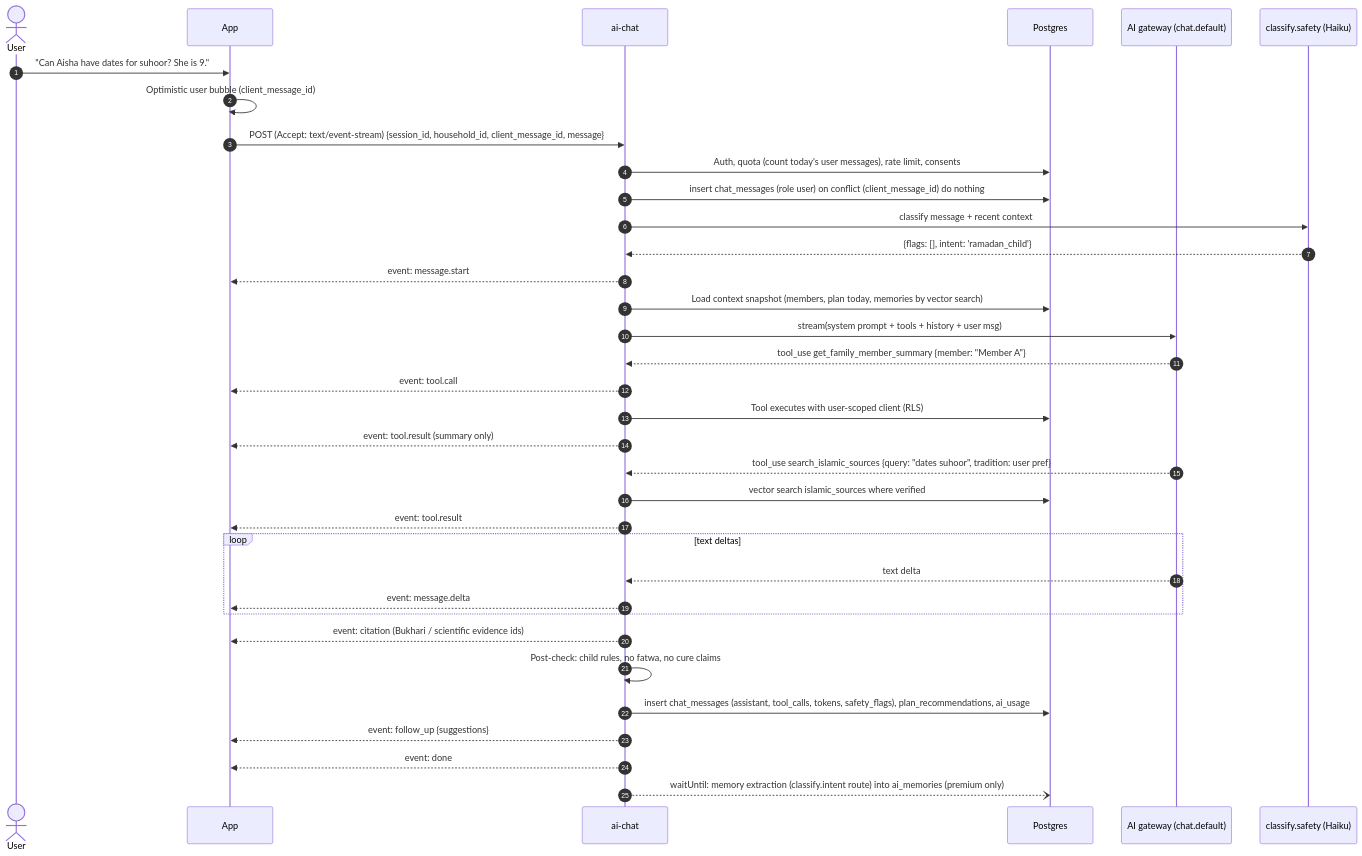
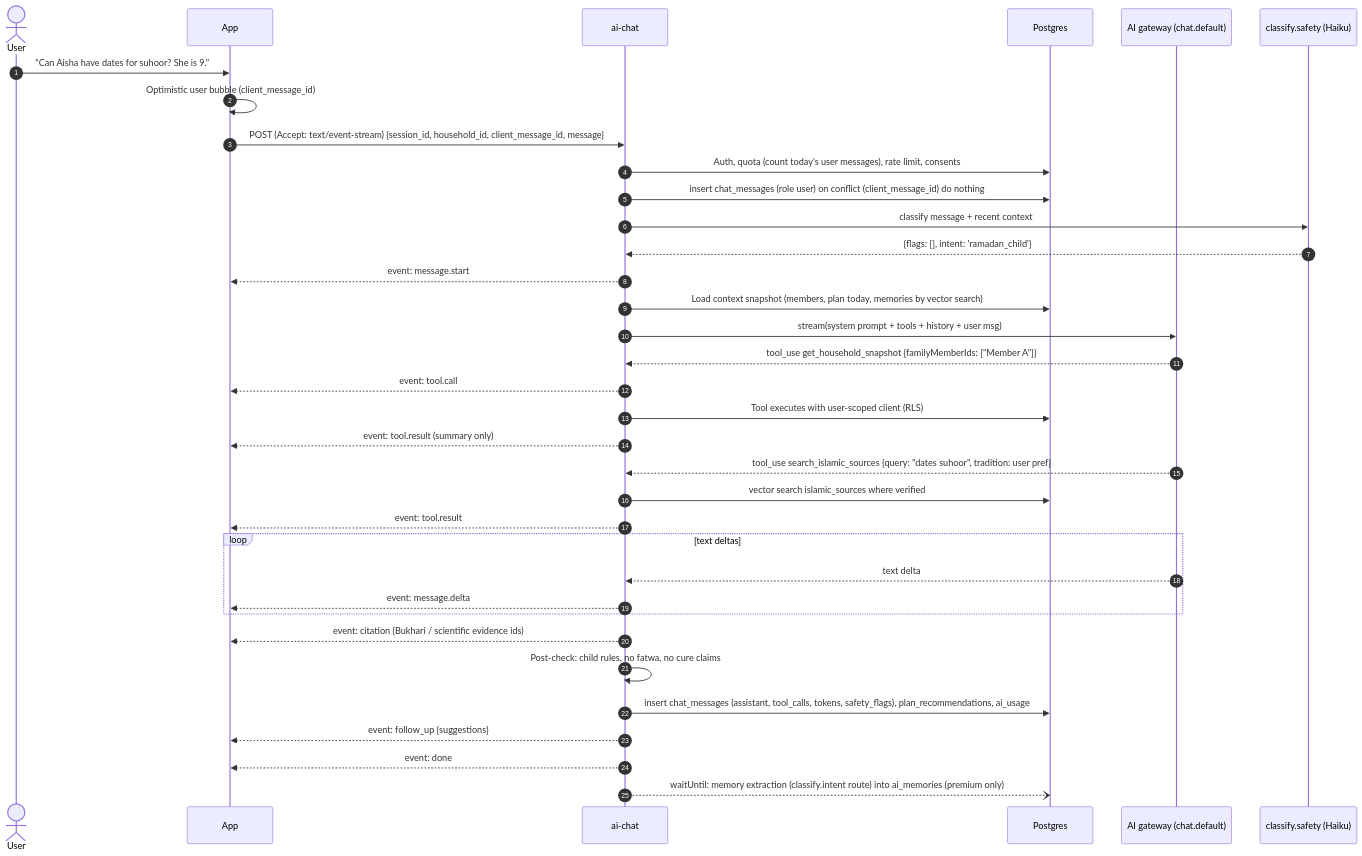
One commit to mtafseerhaider/qanun-al-thuluth changed the seventh of 11 diagrams in docs/04-system-architecture.md. Above: the diagram before and after it, drawn with Mermaid. The commit also changed other lines of this file and 18 other files, not shown here.

First line of the commit message:
docs: reconcile cross-document decisions and consolidate schema additions

````diff
--- a/docs/04-system-architecture.md
+++ b/docs/04-system-architecture.md
@@ -475,38 +475,38 @@
 ```mermaid
 sequenceDiagram
     autonumber
     actor U as User
     participant App
     participant EF as ai-chat
     participant PG as Postgres
     participant AI as AI gateway (chat.default)
     participant SAFE as classify.safety (Haiku)
 
     U->>App: "Can Aisha have dates for suhoor? She is 9."
     App->>App: Optimistic user bubble (client_message_id)
     App->>EF: POST (Accept: text/event-stream) {session_id, household_id, client_message_id, message}
     EF->>PG: Auth, quota (count today's user messages), rate limit, consents
     EF->>PG: insert chat_messages (role user) on conflict (client_message_id) do nothing
     EF->>SAFE: classify message + recent context
     SAFE-->>EF: {flags: [], intent: 'ramadan_child'}
     EF-->>App: event: message.start
     EF->>PG: Load context snapshot (members, plan today, memories by vector search)
     EF->>AI: stream(system prompt + tools + history + user msg)
-    AI-->>EF: tool_use get_family_member_summary {member: "Member A"}
+    AI-->>EF: tool_use get_household_snapshot {familyMemberIds: ["Member A"]}
     EF-->>App: event: tool.call
     EF->>PG: Tool executes with user-scoped client (RLS)
     EF-->>App: event: tool.result (summary only)
     AI-->>EF: tool_use search_islamic_sources {query: "dates suhoor", tradition: user pref}
     EF->>PG: vector search islamic_sources where verified
     EF-->>App: event: tool.result
     loop text deltas
         AI-->>EF: text delta
         EF-->>App: event: message.delta
     end
     EF-->>App: event: citation (Bukhari / scientific evidence ids)
     EF->>EF: Post-check: child rules, no fatwa, no cure claims
     EF->>PG: insert chat_messages (assistant, tool_calls, tokens, safety_flags), plan_recommendations, ai_usage
     EF-->>App: event: follow_up {suggestions}
     EF-->>App: event: done
     EF--)PG: waitUntil: memory extraction (classify.intent route) into ai_memories (premium only)
 ```
````
